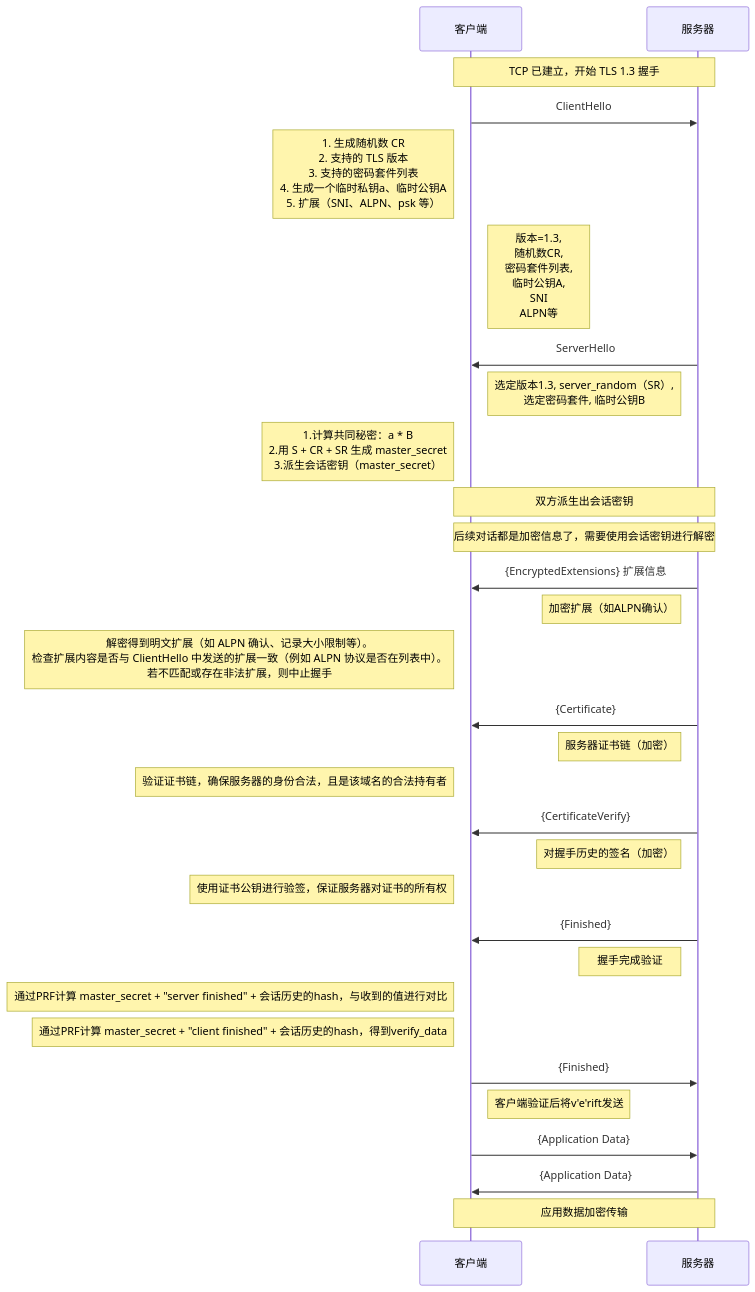
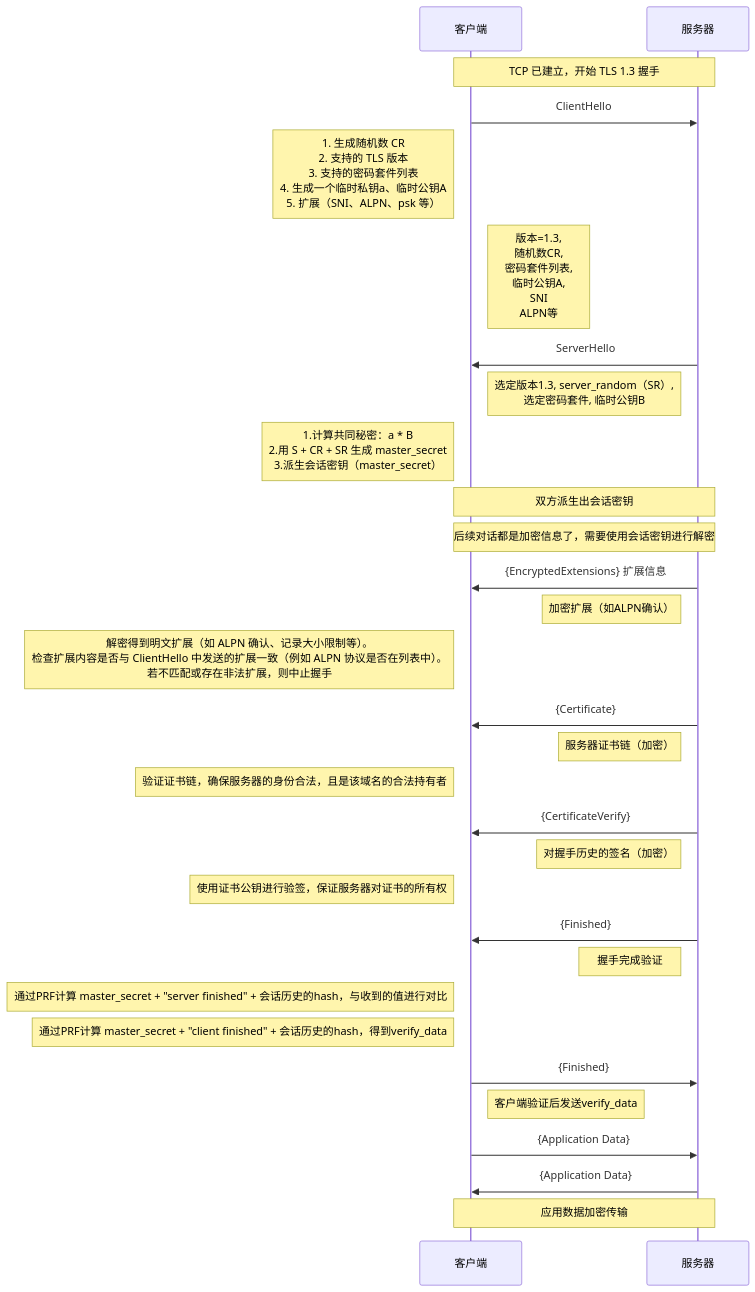
One commit to HY-10-8/iodraw-files changed the diagram in all/TLS-1.3-通用.md. Above: the diagram before and after it, drawn with Mermaid.

Commit message:
2026-03-30 19:03:23 update

````diff
--- a/all/TLS-1.3-通用.md
+++ b/all/TLS-1.3-通用.md
@@ -1,42 +1,42 @@
 ```mermaid
 sequenceDiagram
     participant C as 客户端
     participant S as 服务器
 
     Note over C,S: TCP 已建立，开始 TLS 1.3 握手
 
     C->>S: ClientHello
     Note left of C: 1. 生成随机数 CR<br/> 2. 支持的 TLS 版本<br/> 3. 支持的密码套件列表<br/> 4. 生成一个临时私钥a、临时公钥A<br/> 5. 扩展（SNI、ALPN、psk 等）
     Note right of C: 版本=1.3,<br/> 随机数CR,<br/> 密码套件列表,<br/> 临时公钥A,<br/> SNI<br/> ALPN等
 
     S->>C: ServerHello
     Note left of S: 选定版本1.3, server_random（SR）,<br/> 选定密码套件, 临时公钥B
     Note left of C: 1.计算共同秘密：a * B<br/> 2.用 S + CR + SR 生成 master_secret<br/> 3.派生会话密钥（master_secret）
 
     Note over C,S: 双方派生出会话密钥
     Note over C,S: 后续对话都是加密信息了，需要使用会话密钥进行解密
 
     S->>C: {EncryptedExtensions} 扩展信息
     Note left of S: 加密扩展（如ALPN确认）
     Note left of C: 解密得到明文扩展（如 ALPN 确认、记录大小限制等）。<br/>检查扩展内容是否与 ClientHello 中发送的扩展一致（例如 ALPN 协议是否在列表中）。<br/> 若不匹配或存在非法扩展，则中止握手
 
     S->>C: {Certificate}
     Note left of S: 服务器证书链（加密）
     Note left of C: 验证证书链，确保服务器的身份合法，且是该域名的合法持有者
 
     S->>C: {CertificateVerify}
     Note left of S: 对握手历史的签名（加密）
     Note left of C: 使用证书公钥进行验签，保证服务器对证书的所有权
 
     S->>C: {Finished}
     Note left of S: 握手完成验证
     Note left of C: 通过PRF计算 master_secret + "server finished" + 会话历史的hash，与收到的值进行对比
     Note left of C: 通过PRF计算 master_secret + "client finished" + 会话历史的hash，得到verify_data
 
     C->>S: {Finished}
-    Note right of C: 客户端验证后将v'e'rift发送
+    Note right of C: 客户端验证后发送verify_data
 
     C->>S: {Application Data}
     S->>C: {Application Data}
     Note over C,S: 应用数据加密传输
 ```
````
